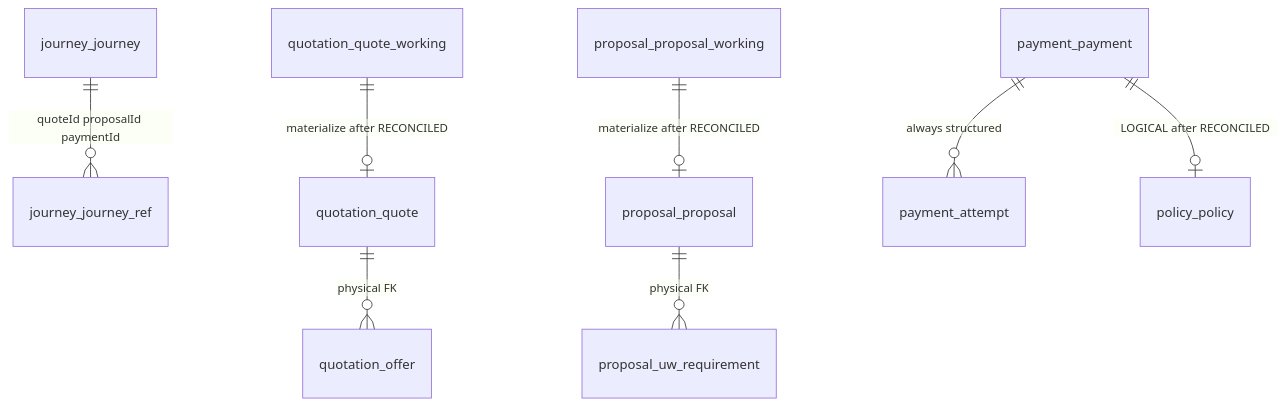
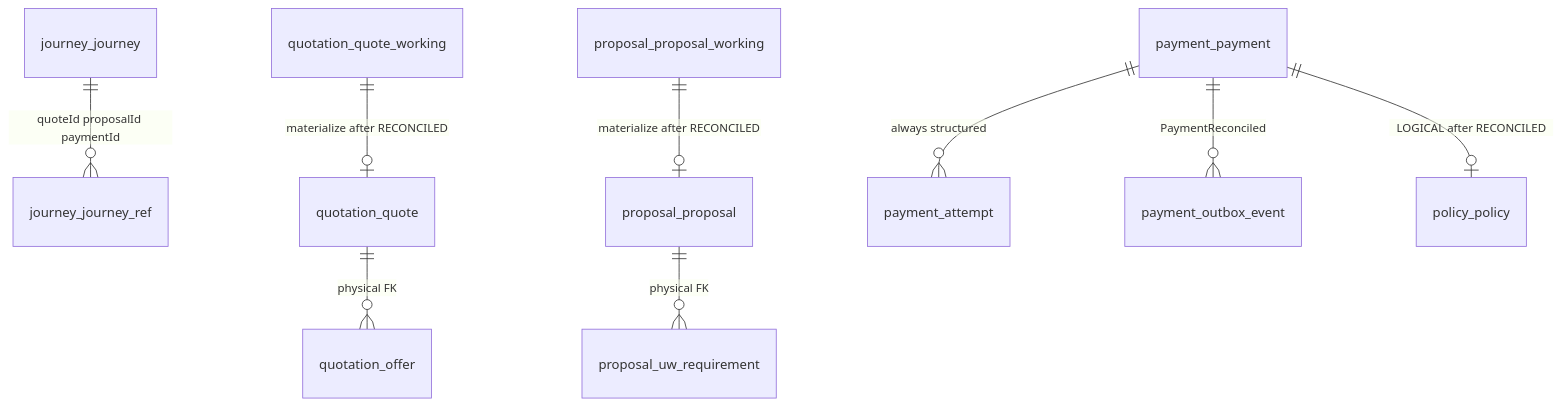
Before and after one commit to Mahesh38/bank-insurance-platform: the fourth of 4 diagrams in docs/platform/data-architecture/06-journey-orchestrator-and-working-payload.md, drawn with Mermaid. The commit also changed other lines of this file and 11 other files, not shown here.

````diff
--- a/docs/platform/data-architecture/06-journey-orchestrator-and-working-payload.md
+++ b/docs/platform/data-architecture/06-journey-orchestrator-and-working-payload.md
@@ -297,10 +418,11 @@
 ```mermaid
 erDiagram
     journey_journey ||--o{ journey_journey_ref : "quoteId proposalId paymentId"
     quotation_quote_working ||--o| quotation_quote : "materialize after RECONCILED"
     quotation_quote ||--o{ quotation_offer : "physical FK"
     proposal_proposal_working ||--o| proposal_proposal : "materialize after RECONCILED"
     proposal_proposal ||--o{ proposal_uw_requirement : "physical FK"
     payment_payment ||--o{ payment_attempt : "always structured"
+    payment_payment ||--o{ payment_outbox_event : "PaymentReconciled"
     payment_payment ||--o| policy_policy : "LOGICAL after RECONCILED"
 ```
````
